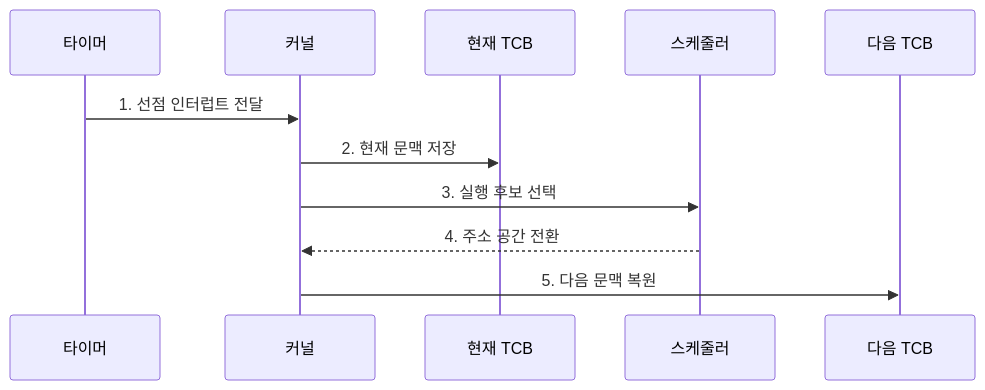
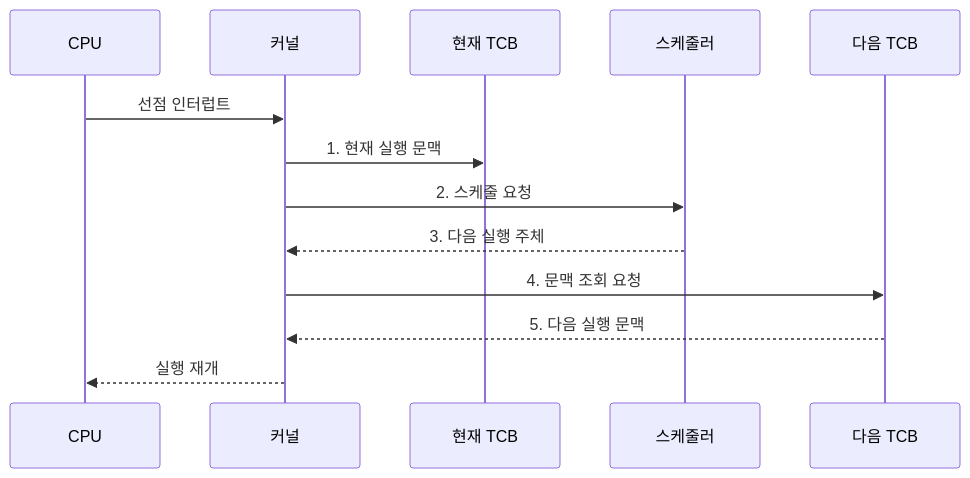
The second of 2 diagrams in src/content/docs/notes/03-software/002_pcb_context_switching.md (agnusdei1207/knowledge-base), drawn with Mermaid before and after one commit. The commit also changed other lines of this file and 20 other files, not shown here.

````diff
--- a/src/content/docs/notes/03-software/002_pcb_context_switching.md
+++ b/src/content/docs/notes/03-software/002_pcb_context_switching.md
@@ -86,13 +89,15 @@
 ```mermaid
 sequenceDiagram
-    participant T as 타이머
+    participant C as CPU
     participant K as 커널
     participant A as 현재 TCB
     participant S as 스케줄러
     participant B as 다음 TCB
-    T->>K: 1. 선점 인터럽트 전달
-    K->>A: 2. 현재 문맥 저장
-    K->>S: 3. 실행 후보 선택
-    S-->>K: 4. 주소 공간 전환
-    K->>B: 5. 다음 문맥 복원
+    C->>K: 선점 인터럽트
+    K->>A: 1. 현재 실행 문맥
+    K->>S: 2. 스케줄 요청
+    S-->>K: 3. 다음 실행 주체
+    K->>B: 4. 문맥 조회 요청
+    B-->>K: 5. 다음 실행 문맥
+    K-->>C: 실행 재개
 ```
````
